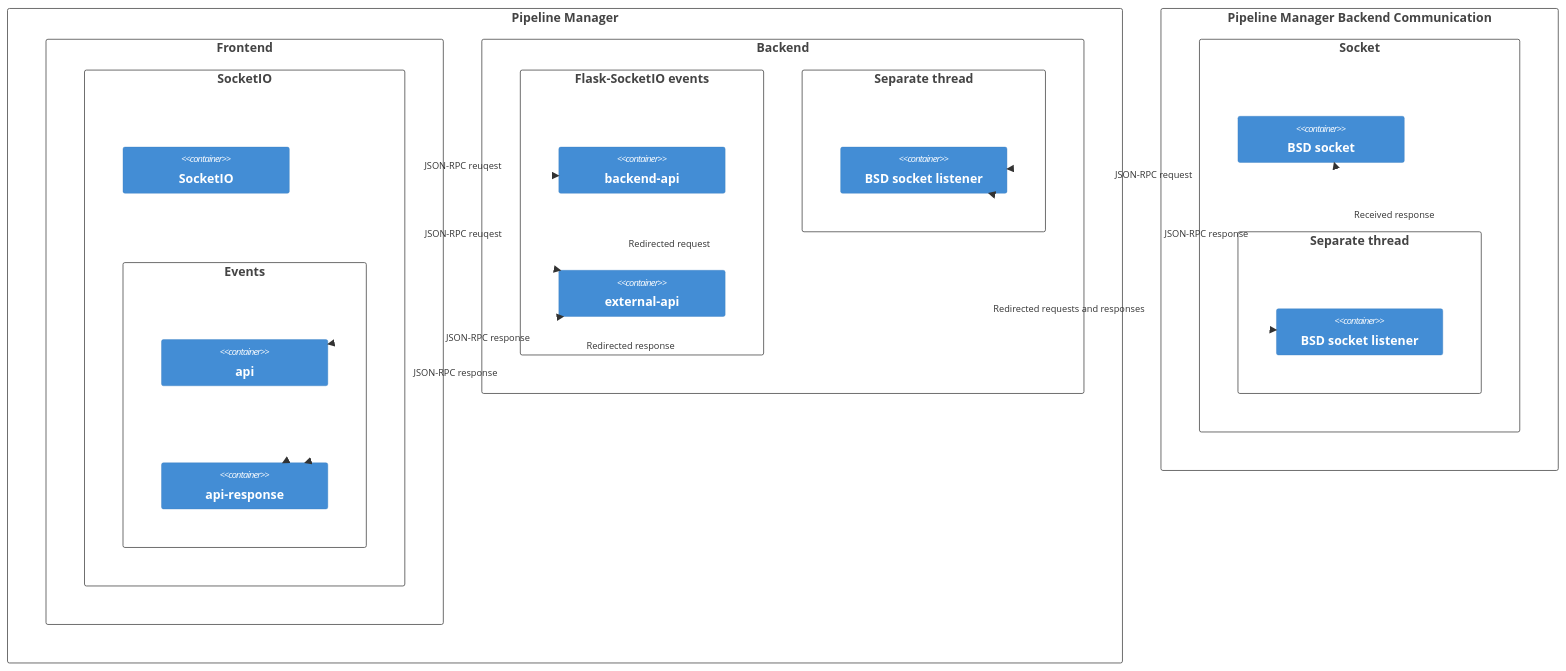
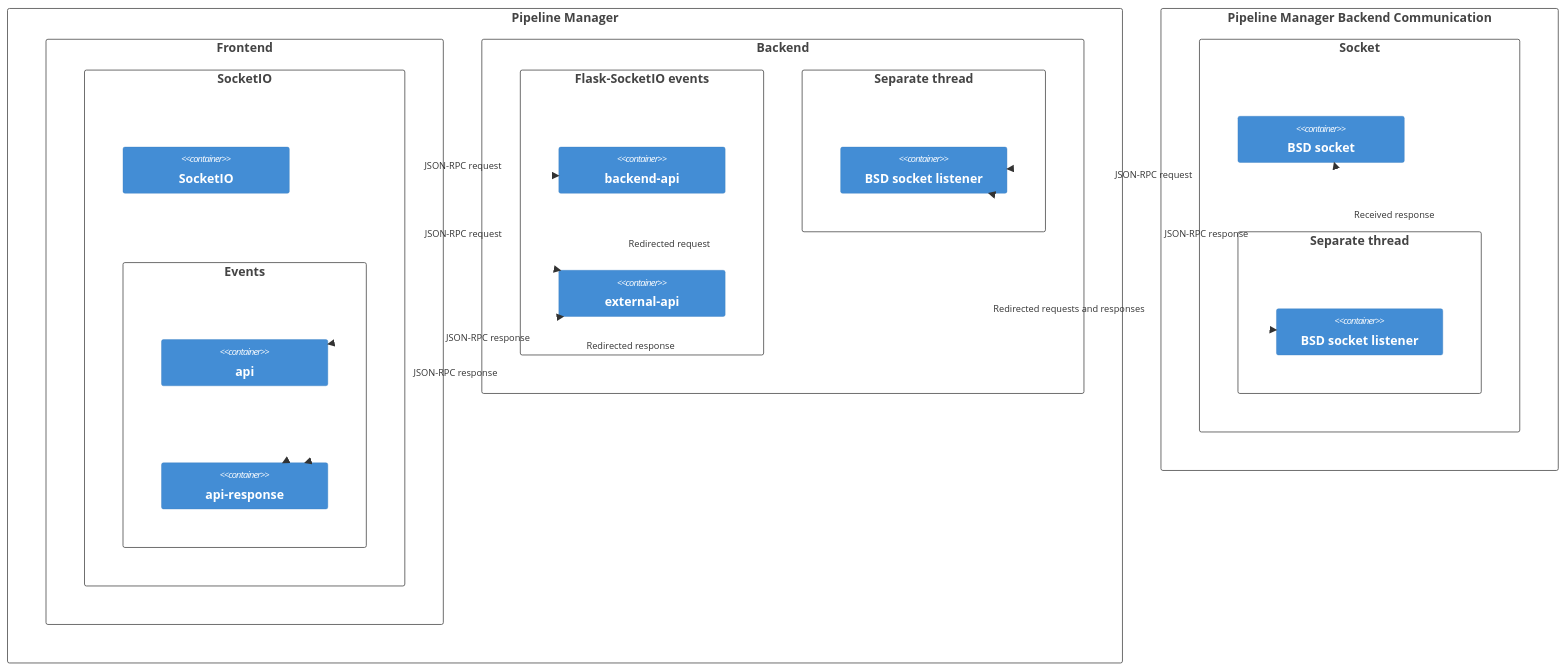
Before and after one commit to antmicro/kenning-pipeline-manager: the second of 2 diagrams in docs/source/external-app-communication.md, drawn with Mermaid. The commit also changed other lines of this file, not shown here.

Commit message:
[#50709] docs: external-app-communication: Reviewed the chapter

````diff
--- a/docs/source/external-app-communication.md
+++ b/docs/source/external-app-communication.md
@@ -80,58 +83,58 @@
 ```{mermaid}
 :caption: Communication structure diagram
 :alt: Communication structure diagram
 C4Deployment
     Deployment_Node(pm, "Pipeline Manager", "") {
         Deployment_Node(front, "Frontend", "") {
             Deployment_Node(socketio, "SocketIO", "") {
                 Container(front-socket, "SocketIO")
                 Deployment_Node(front-event, "Events", "") {
                     Container(front-api, "api")
                     Container(front-response-api, "api-response")
                 }
             }
         }
         Deployment_Node(back, "Backend", "") {
             Deployment_Node(flask, "Flask-SocketIO events", "") {
                 Container(flask-backend-api, "backend-api")
                 Container(flask-external-api, "external-api")
             }
             Deployment_Node(flask-thread, "Separate thread", "") {
                 Container(back-socket, "BSD socket listener")
             }
         }
     }
     Deployment_Node(pmbc, "Pipeline Manager Backend Communication", "") {
         Deployment_Node(pmbc-socket, "Socket", "") {
             Container(pmbc-socket, "BSD socket")
             Deployment_Node(pmbc-thread, "Separate thread", "") {
                 Container(pmbc-listener, "BSD socket listener")
             }
         }
     }
     %% frontend to backend request
-    Rel(front-socket, flask-backend-api, "JSON-RPC reuqest")
+    Rel(front-socket, flask-backend-api, "JSON-RPC request")
     Rel(flask-backend-api, front-response-api, "JSON-RPC response")
     UpdateRelStyle(front-socket, flask-backend-api, $lineColor="var(--md-code-hl-keyword-color)", $textColor="var(--md-code-hl-keyword-color)", $offsetY="-15")
     UpdateRelStyle(flask-backend-api, front-response-api, $lineColor="var(--md-code-hl-keyword-color)", $textColor="var(--md-code-hl-keyword-color)", $offsetX="-50", $offsetY="55")
     %% frontent to external app request
-    Rel(front-socket, flask-external-api, "JSON-RPC reuqest")
+    Rel(front-socket, flask-external-api, "JSON-RPC request")
     Rel(flask-external-api, pmbc-listener, "Redirected requests and responses")
     Rel(pmbc-listener, back-socket, "JSON-RPC response")
     Rel(back-socket, front-response-api, "Redirected response")
     UpdateRelStyle(front-socket, flask-external-api, $lineColor="var(--md-code-hl-number-color)", $textColor="var(--md-code-hl-number-color)")
     UpdateRelStyle(flask-external-api, pmbc-listener, $lineColor="var(--md-code-hl-name-color)", $textColor="var(--md-code-hl-name-color)", $offsetX="-10", $offsetY="-10")
     UpdateRelStyle(pmbc-listener, back-socket, $lineColor="var(--md-code-hl-number-color)", $textColor="var(--md-code-hl-number-color)", $offsetX="25", $offsetY="-25")
     UpdateRelStyle(back-socket, front-response-api, $lineColor="var(--md-code-hl-number-color)", $textColor="var(--md-code-hl-number-color)", $offsetX="-10", $offsetY="20")
     %% external app to frontent request
     Rel(pmbc-socket, back-socket, "JSON-RPC request")
     Rel(back-socket, front-api, "Redirected request")
     Rel(front-api, flask-external-api, "JSON-RPC response")
     Rel(pmbc-listener, pmbc-socket, "Received response")
     UpdateRelStyle(pmbc-socket, back-socket, $textColor="var(--md-code-hl-function-color)", $lineColor="var(--md-code-hl-function-color)", $offsetX="-10", $offsetY="15")
     UpdateRelStyle(back-socket, front-api, $textColor="var(--md-code-hl-function-color)", $lineColor="var(--md-code-hl-function-color)", $offsetX="45", $offsetY="-35")
     UpdateRelStyle(front-api, flask-external-api, $textColor="var(--md-code-hl-function-color)", $lineColor="var(--md-code-hl-function-color)")
     UpdateRelStyle(pmbc-listener, pmbc-socket, $textColor="var(--md-code-hl-function-color)", $lineColor="var(--md-code-hl-function-color)", $offsetX="5", $offsetY="-30")
 
     UpdateLayoutConfig($c4ShapeInRow="1", $c4BoundaryInRow="2")
 ```
````
